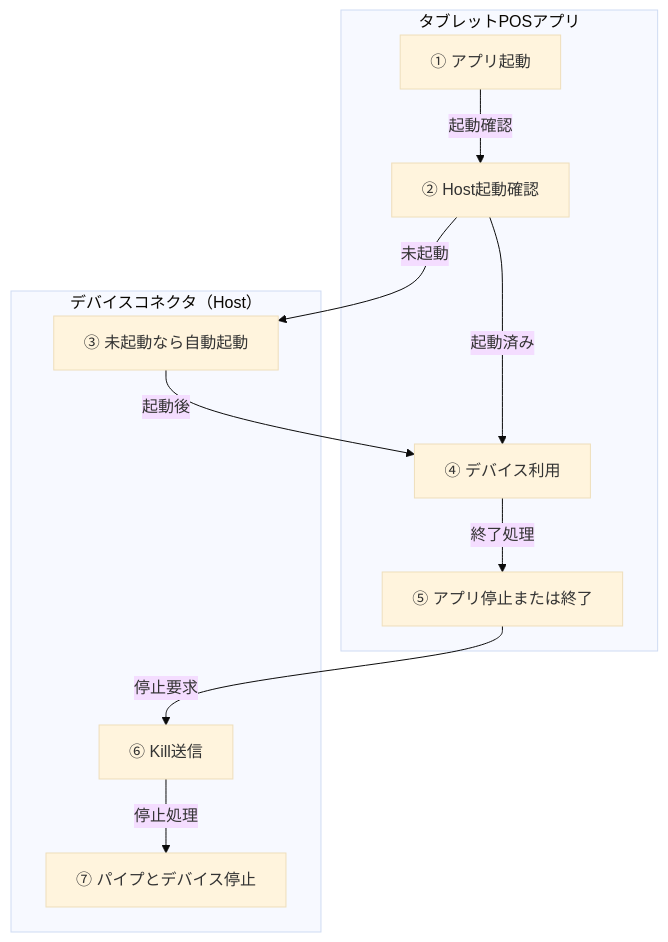
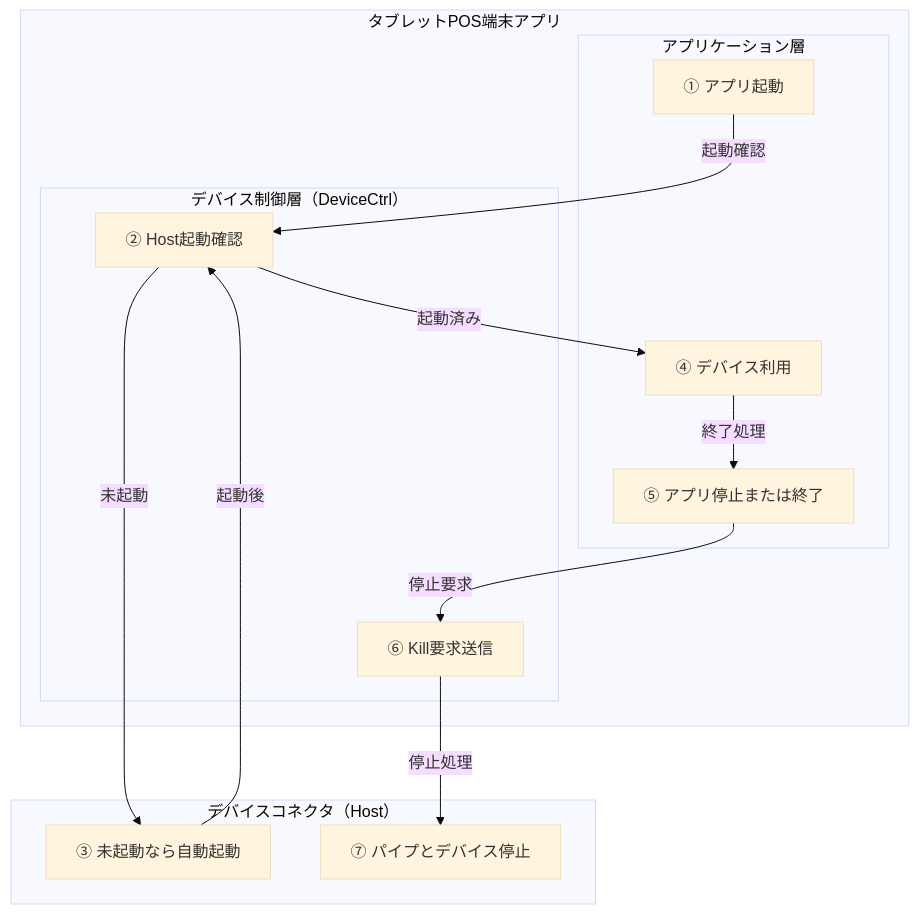
The third of 3 diagrams in artifacts/reports/architecture/ARCH-HOST-01_タブレットPOS_デバイスコネクタ基本設計書/ARCH-HOST-01_タブレットPOS_デバイスコネクタ基本設計書.md (vti-sam/smj-ks-pos-stored), drawn with Mermaid (base theme) before and after one commit. The commit also changed other lines of this file and 4 other files, not shown here.

````diff
--- a/artifacts/reports/architecture/ARCH-HOST-01_タブレットPOS_デバイスコネクタ基本設計書/ARCH-HOST-01_タブレットPOS_デバイスコネクタ基本設計書.md
+++ b/artifacts/reports/architecture/ARCH-HOST-01_タブレットPOS_デバイスコネクタ基本設計書/ARCH-HOST-01_タブレットPOS_デバイスコネクタ基本設計書.md
@@ -347,21 +370,25 @@
 ```mermaid
 flowchart TD
-    subgraph APP["タブレットPOSアプリ"]
+    subgraph TERMINAL["タブレットPOS端末アプリ"]
+        subgraph APP["アプリケーション層"]
         L1["① アプリ起動"]
-        L2["② Host起動確認"]
         L4["④ デバイス利用"]
         L5["⑤ アプリ停止または終了"]
+        end
+        subgraph CTRL["デバイス制御層（DeviceCtrl）"]
+        L2["② Host起動確認"]
+        L6["⑥ Kill要求送信"]
+        end
     end
     subgraph HOST["デバイスコネクタ（Host）"]
         L3["③ 未起動なら自動起動"]
-        L6["⑥ Kill送信"]
         L7["⑦ パイプとデバイス停止"]
     end
     L1 -->|起動確認| L2
     L2 -->|未起動| L3
     L2 -->|起動済み| L4
-    L3 -->|起動後| L4
+    L3 -->|起動後| L2
     L4 -->|終了処理| L5
     L5 -->|停止要求| L6
     L6 -->|停止処理| L7
 ```
````
